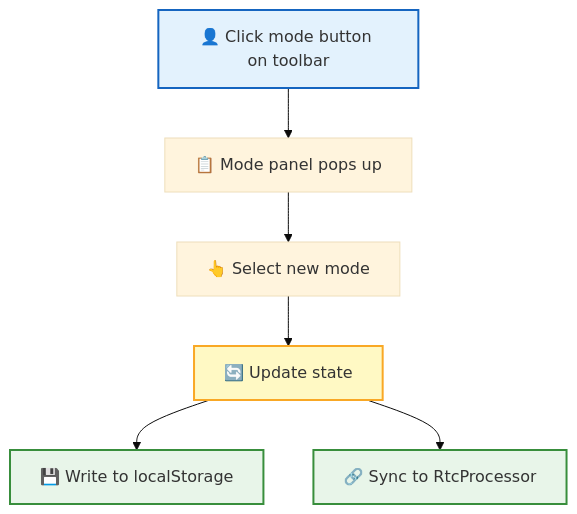
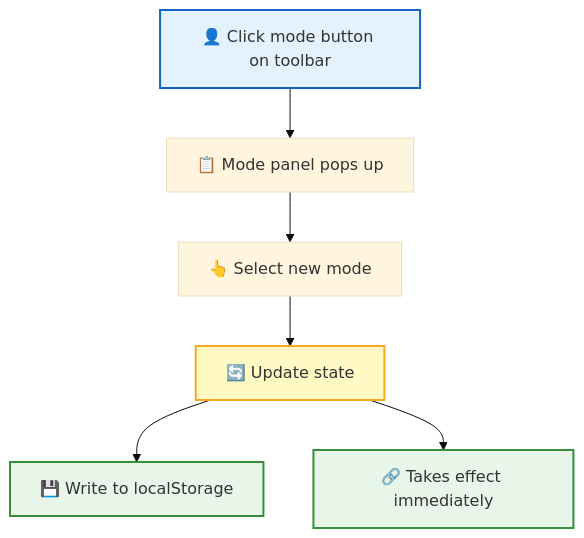
The fourth of 5 diagrams in src/content/docs/en/concepts/work-modes.md (rtc-agent/docs), drawn with Mermaid (base theme) before and after one commit. The commit also changed other lines of this file and 60 other files, not shown here.

First line of the commit message:
docs(site): refresh documentation with new sections and improved diagrams

````diff
--- a/src/content/docs/en/concepts/work-modes.md
+++ b/src/content/docs/en/concepts/work-modes.md
@@ -103,13 +105,13 @@
 ```mermaid
 flowchart TD
     A["👤 Click mode button on toolbar"] --> B["📋 Mode panel pops up"]
     B --> C["👆 Select new mode"]
     C --> D["🔄 Update state"]
     D --> E["💾 Write to localStorage"]
-    D --> F["🔗 Sync to RtcProcessor"]
+    D --> F["🔗 Takes effect immediately"]
 
     style A fill:#e3f2fd,stroke:#1565c0,stroke-width:2px
     style D fill:#fff9c4,stroke:#f9a825,stroke-width:2px
     style E fill:#e8f5e9,stroke:#388e3c,stroke-width:2px
     style F fill:#e8f5e9,stroke:#388e3c,stroke-width:2px
 ```
````
